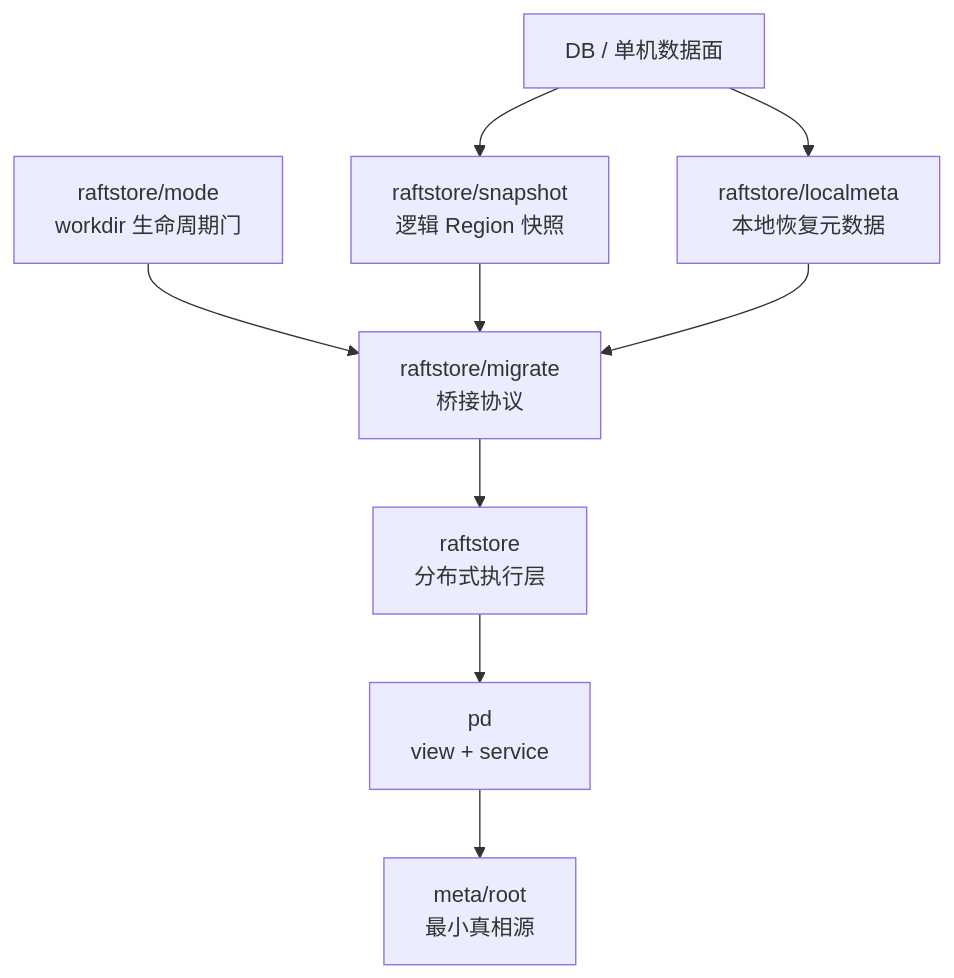
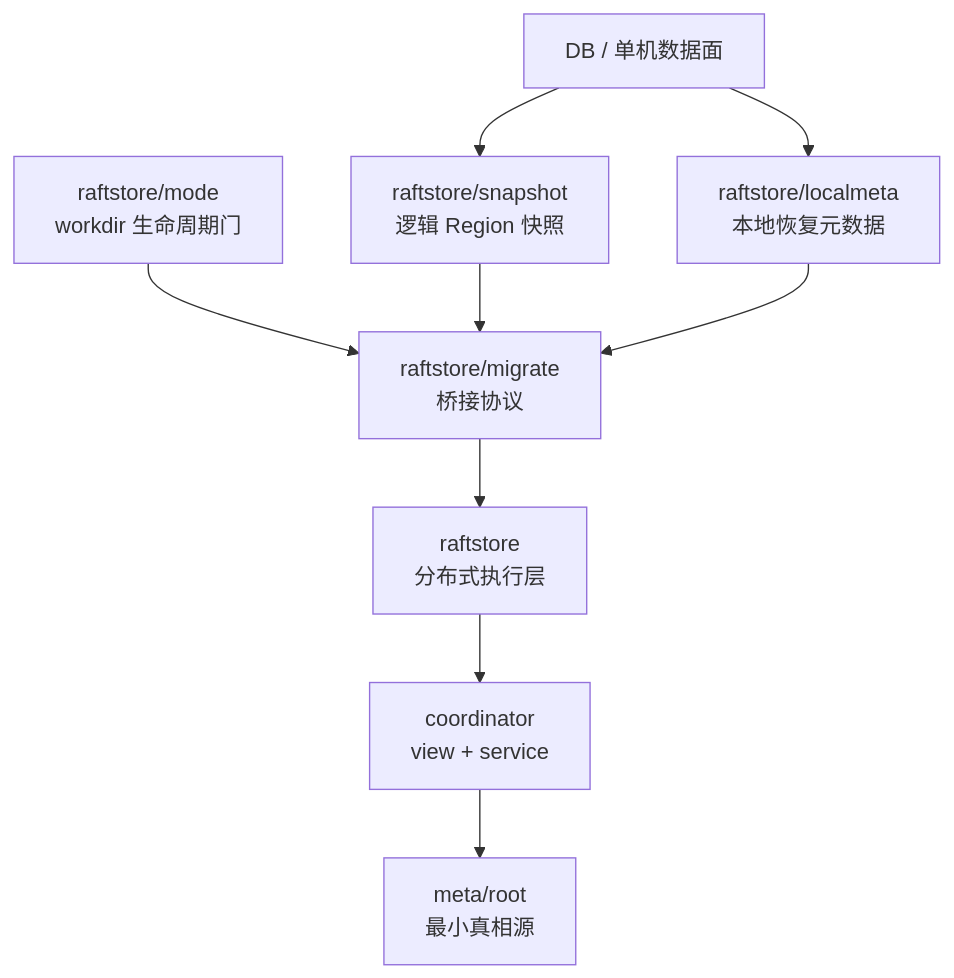
The first of 2 diagrams in docs/notes/2026-03-30-standalone-to-distributed-bridge.md (feichai0017/NoKV), drawn with Mermaid before and after one commit. The commit also changed other lines of this file and 14 other files, not shown here.

````diff
--- a/docs/notes/2026-03-30-standalone-to-distributed-bridge.md
+++ b/docs/notes/2026-03-30-standalone-to-distributed-bridge.md
@@ -38,11 +38,11 @@
 ```mermaid
 flowchart TD
     DB["DB / 单机数据面"] --> LM["raftstore/localmeta\n本地恢复元数据"]
     DB --> SNAP["raftstore/snapshot\n逻辑 Region 快照"]
     MODE["raftstore/mode\nworkdir 生命周期门"] --> MIG["raftstore/migrate\n桥接协议"]
     SNAP --> MIG
     LM --> MIG
     MIG --> RS["raftstore\n分布式执行层"]
-    RS --> PD["pd\nview + service"]
-    PD --> MR["meta/root\n最小真相源"]
+    RS --> Coordinator["coordinator\nview + service"]
+    Coordinator --> MR["meta/root\n最小真相源"]
 ```
````
